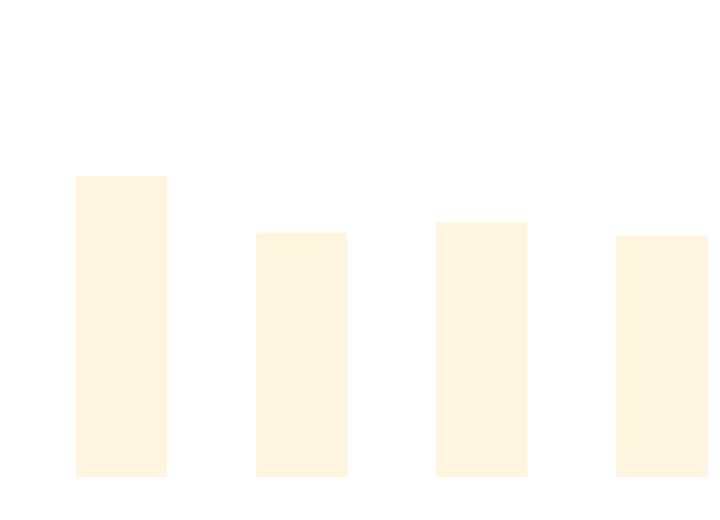
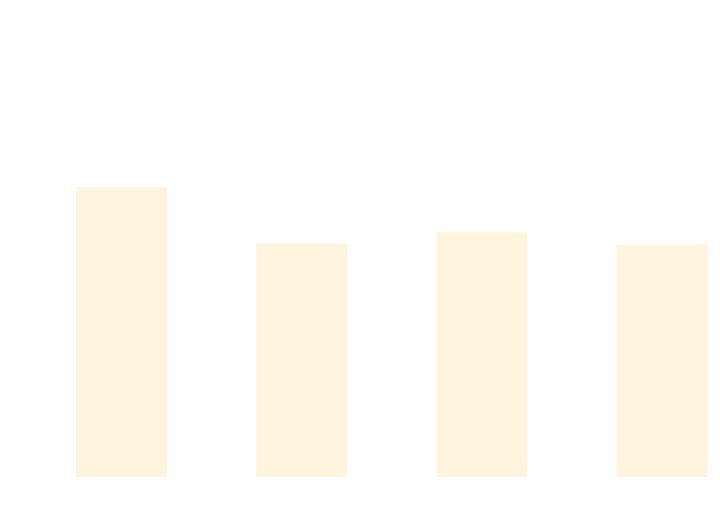
The diagram in docs/docs/benchmarks/BuildTime.md (thomhurst/TUnit), drawn with Mermaid before and after one commit. The commit also changed other lines of this file and 17 other files, not shown here.

````diff
--- a/docs/docs/benchmarks/BuildTime.md
+++ b/docs/docs/benchmarks/BuildTime.md
@@ -28,37 +28,37 @@
 ```mermaid
 %%{init: {
   'theme':'base',
   'themeVariables': {
     'primaryColor': '#2563eb',
     'primaryTextColor': '#ffffff',
     'primaryBorderColor': '#1e40af',
     'lineColor': '#6b7280',
     'secondaryColor': '#7c3aed',
     'tertiaryColor': '#dc2626',
     'background': '#ffffff',
     'mainBkg': '#2563eb',
     'secondBkg': '#7c3aed',
     'tertiaryBkg': '#dc2626',
     'clusterBkg': '#f3f4f6',
     'edgeLabelBackground': '#ffffff',
     'tertiaryTextColor': '#1f2937',
     'pie1': '#2563eb',
     'pie2': '#7c3aed',
     'pie3': '#dc2626',
     'pie4': '#f59e0b',
     'pie5': '#10b981',
     'pie6': '#06b6d4',
     'pie7': '#ec4899',
     'pie8': '#6366f1',
     'pie9': '#84cc16',
     'pie10': '#f97316',
     'pie11': '#14b8a6',
     'pie12': '#a855f7'
   }
 }}%%
 xychart-beta
   title "Build Time Comparison"
   x-axis ["Build_TUnit", "Build_NUnit", "Build_MSTest", "Build_xUnit3"]
   y-axis "Time (s)" 0 --> 3
-  bar [2.148, 1.734, 1.808, 1.711]
+  bar [2.067, 1.654, 1.737, 1.644]
 ```
````
